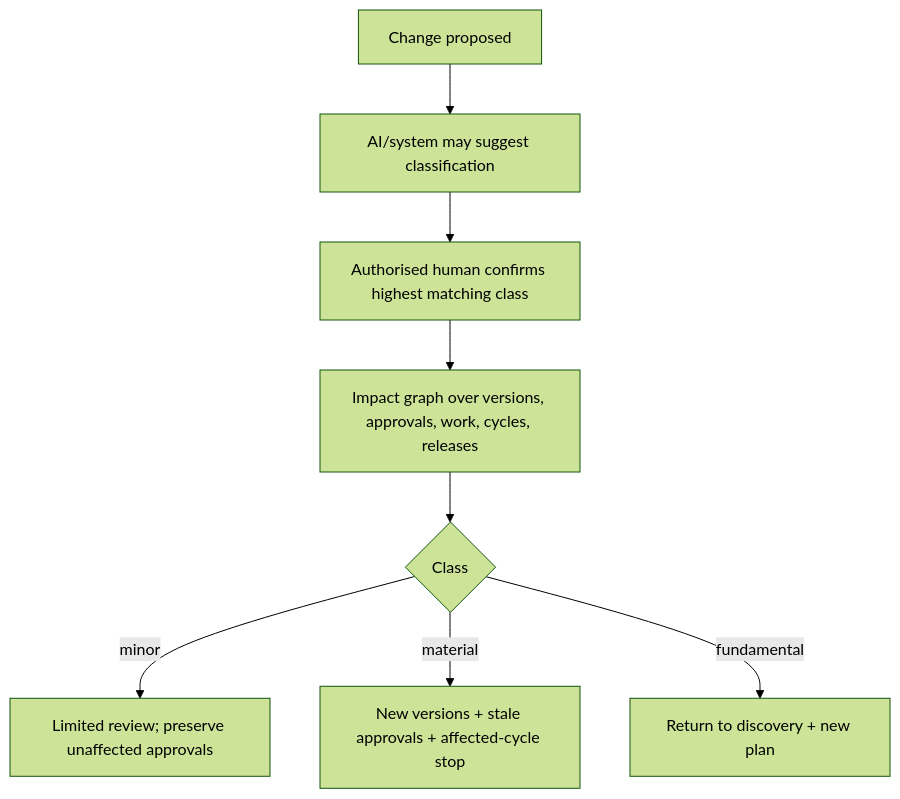
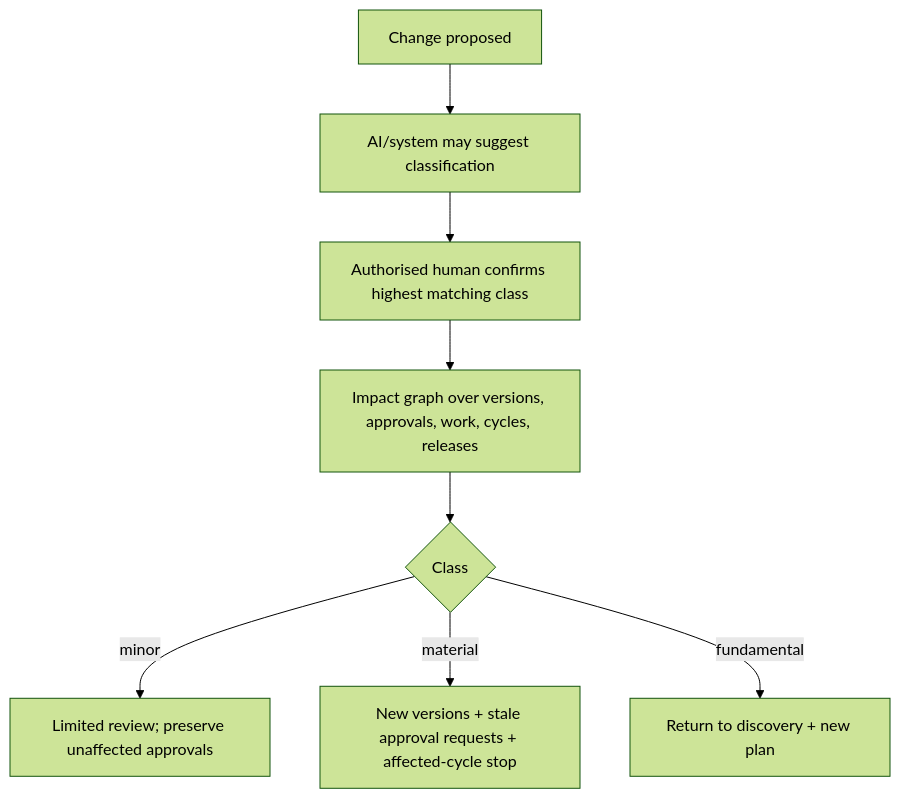
One commit to DaymondGoulderHorobin/Agile_project_management_app changed the third of 4 diagrams in docs/planning/04-workflows-and-approvals.md. Above: the diagram before and after it, drawn with Mermaid (forest theme). The commit also changed other lines of this file and 14 other files, not shown here.

````diff
--- a/docs/planning/04-workflows-and-approvals.md
+++ b/docs/planning/04-workflows-and-approvals.md
@@ -212,10 +217,10 @@
 ```mermaid
 flowchart TD
     P["Change proposed"] --> A["AI/system may suggest classification"]
     A --> H["Authorised human confirms highest matching class"]
     H --> I["Impact graph over versions, approvals, work, cycles, releases"]
     I --> M{"Class"}
     M -->|minor| L["Limited review; preserve unaffected approvals"]
-    M -->|material| V["New versions + stale approvals + affected-cycle stop"]
+    M -->|material| V["New versions + stale approval requests + affected-cycle stop"]
     M -->|fundamental| D["Return to discovery + new plan"]
 ```
````
